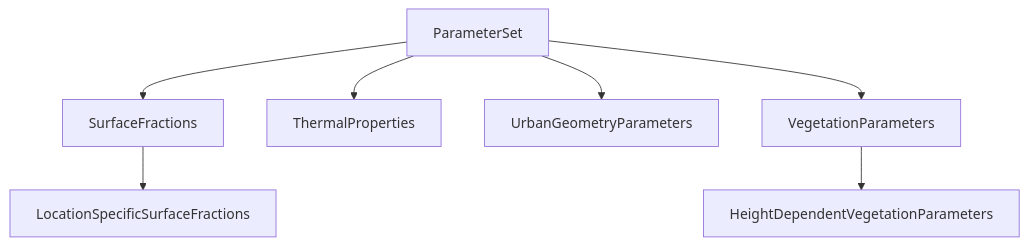
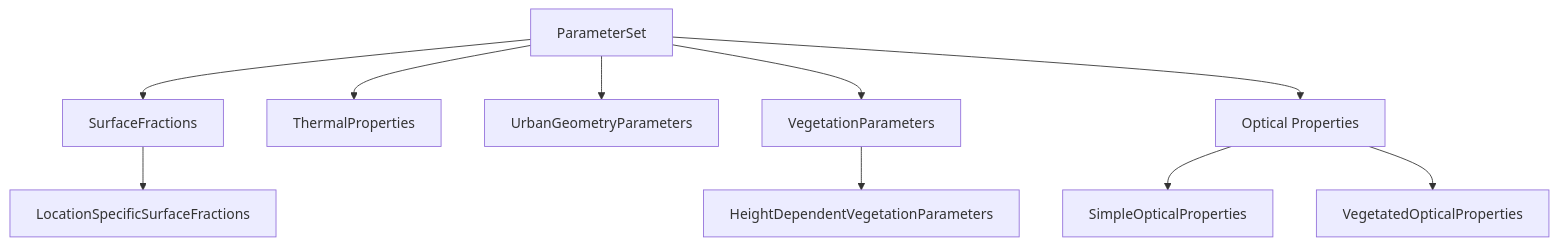
The diagram in docs/src/01-modelcomponents.md (EPFL-ENAC/UrbanTethysChloris.jl), drawn with Mermaid before and after one commit. The commit also changed 8 other files, not shown here.

Commit message:
chore: add OpticalProperties model components

````diff
--- a/docs/src/01-modelcomponents.md
+++ b/docs/src/01-modelcomponents.md
@@ -5,7 +5,9 @@
 ```mermaid
 graph TD
   A[ParameterSet] --> B[SurfaceFractions] --> F[LocationSpecificSurfaceFractions]
   A --> C[ThermalProperties]
   A --> D[UrbanGeometryParameters]
   A --> E[VegetationParameters] --> G[HeightDependentVegetationParameters]
+  A --> H[Optical Properties] --> I[SimpleOpticalProperties]
+  H --> J[VegetatedOpticalProperties]
 ```
````
